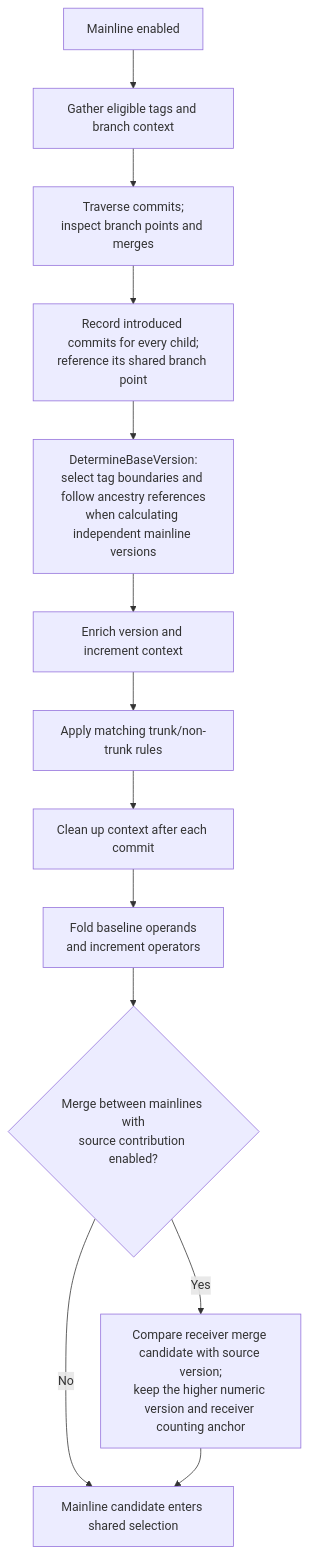
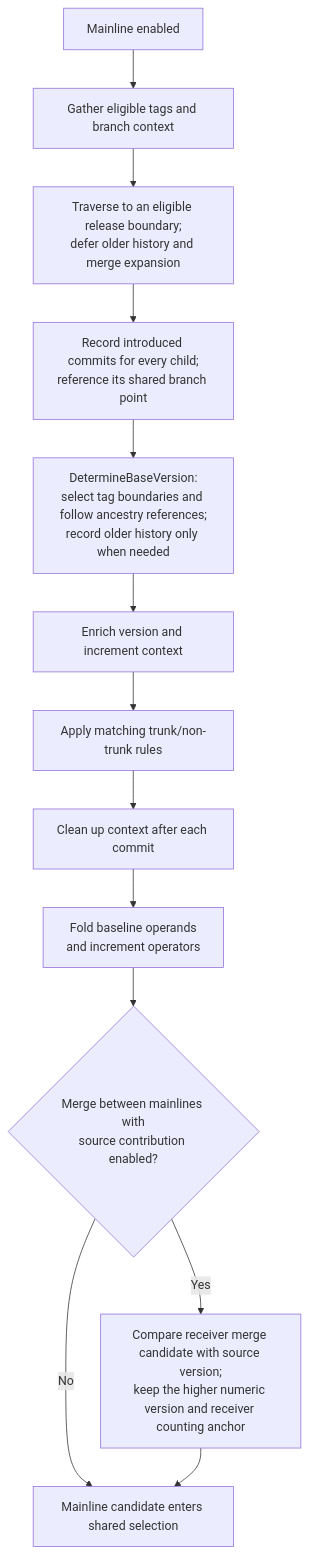
The diagram in docs/diagrams/VersionCalculation_Mainline.mmd (GitTools/GitVersion), drawn with Mermaid before and after one commit. The commit also changed 10 other files, not shown here.

Commit message:
fix: defer mainline history beyond release boundaries

```diff
--- a/docs/diagrams/VersionCalculation_Mainline.mmd
+++ b/docs/diagrams/VersionCalculation_Mainline.mmd
@@ -1,13 +1,13 @@
 flowchart TD
     Enabled["Mainline enabled"] --> Tags["Gather eligible tags and branch context"]
-    Tags --> Traverse["Traverse commits;<br/>inspect branch points and merges"]
+    Tags --> Traverse["Traverse to an eligible release boundary;<br/>defer older history and merge expansion"]
     Traverse --> State["Record introduced commits for every child;<br/>reference its shared branch point"]
-    State --> Calculate["DetermineBaseVersion:<br/>select tag boundaries and follow ancestry references<br/>when calculating independent mainline versions"]
+    State --> Calculate["DetermineBaseVersion:<br/>select tag boundaries and follow ancestry references;<br/>record older history only when needed"]
     Calculate --> Pre["Enrich version and increment context"]
     Pre --> Rules["Apply matching trunk/non-trunk rules"]
     Rules --> Post["Clean up context after each commit"]
     Post --> Fold["Fold baseline operands<br/>and increment operators"]
     Fold --> Source{"Merge between mainlines with<br/>source contribution enabled?"}
     Source -->|No| Candidate["Mainline candidate enters shared selection"]
     Source -->|Yes| Floor["Compare receiver merge candidate with source version;<br/>keep the higher numeric version and receiver counting anchor"]
     Floor --> Candidate
```
